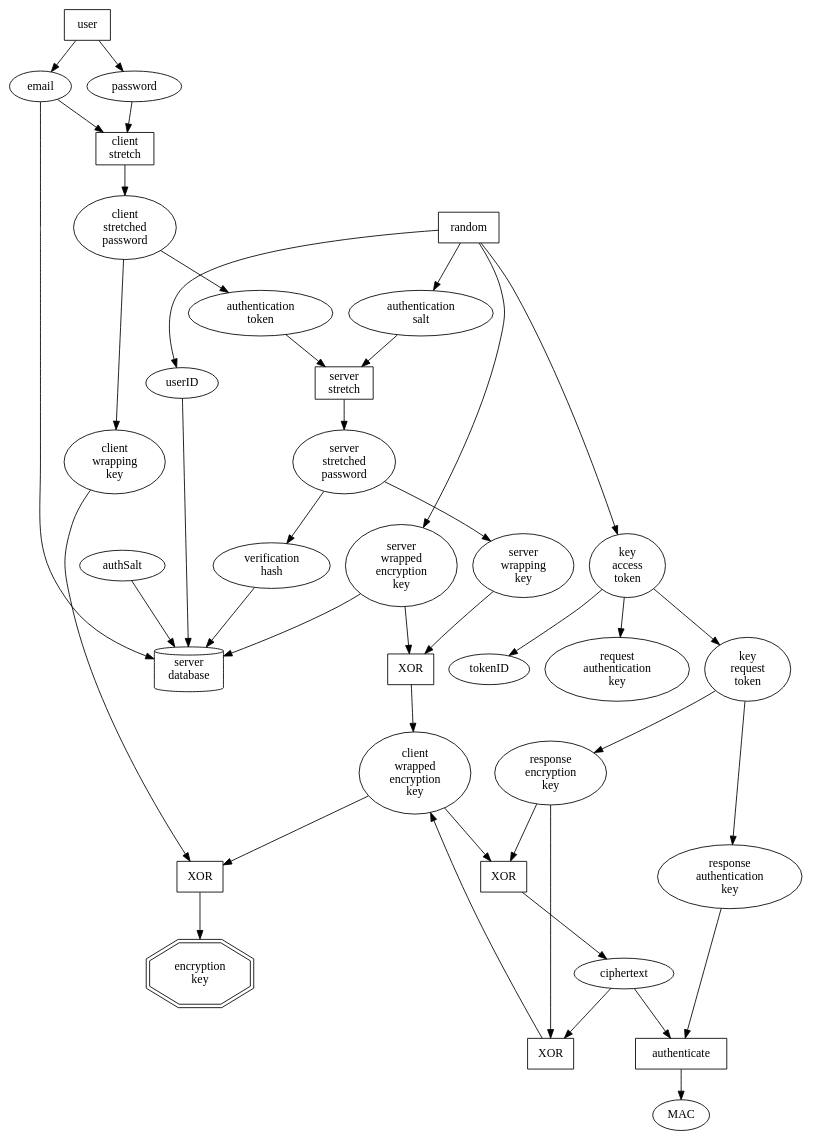
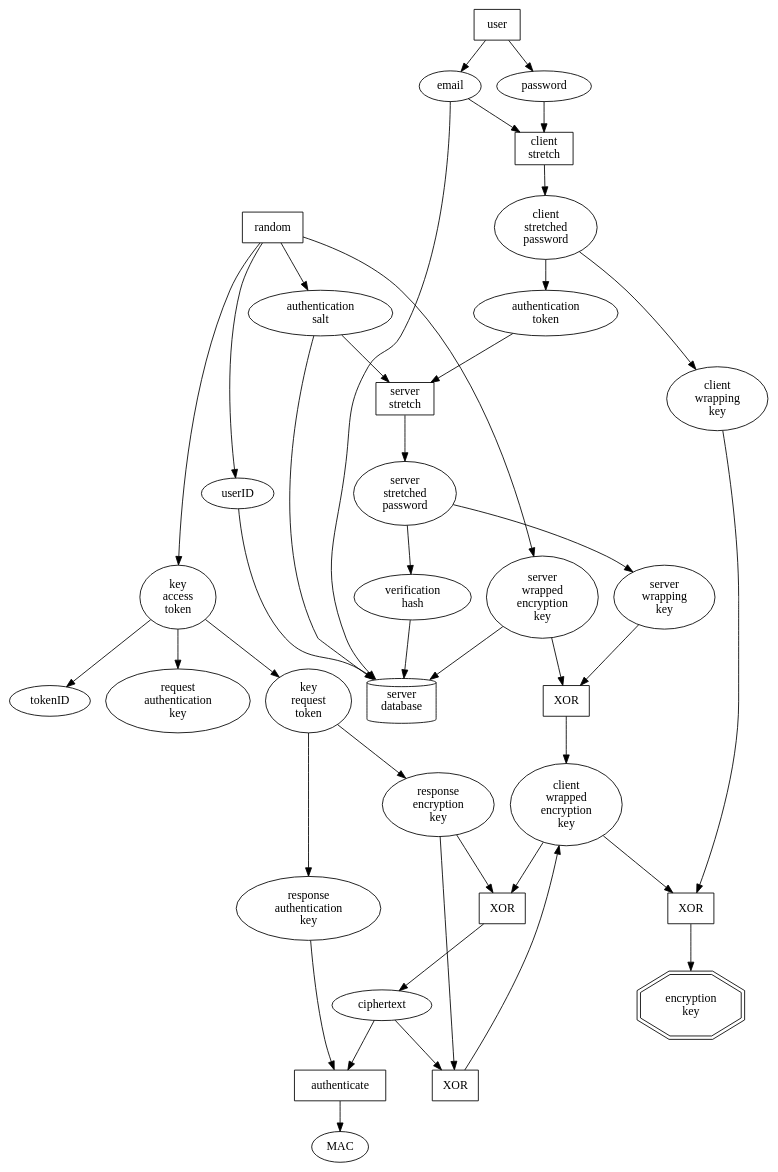
One commit to kemitchell/keyserver-protocol.js changed the diagram in diagram.dot. Above: the diagram before and after it, drawn with Graphviz. The commit also changed 1 other file, not shown here.

Commit message:
Fix diagram node name

```diff
--- a/diagram.dot
+++ b/diagram.dot
@@ -1,55 +1,55 @@
 digraph {
   user -> {password, email} -> clientStretch -> clientStretchedPassword;
   user[shape=rect];
   clientStretch[label="client\nstretch"];
   clientStretch[shape=rect];
   clientStretchedPassword -> authenticationToken;
   clientStretchedPassword[label="client\nstretched\npassword"];
 
   random -> authenticationSalt;
   authenticationSalt[label="authentication\nsalt"];
   random[shape=rect];
   {authenticationToken, authenticationSalt} -> serverStretch -> serverStretchedPassword;
   serverStretch[label="server\nstretch"];
   authenticationToken[label="authentication\ntoken"];
   serverStretch[shape=rect];
   serverStretchedPassword -> verificationHash;
   verificationHash[label="verification\nhash"];
   random -> serverWrappedEncryptionKey;
   serverWrappedEncryptionKey[label="server\nwrapped\nencryption\nkey"];
   random -> userID;
 
   serverStretchedPassword -> serverWrappingKey;
   serverWrappingKey[label="server\nwrapping\nkey"];
   serverStretchedPassword[label="server\nstretched\npassword"];
   {serverWrappingKey, serverWrappedEncryptionKey} -> serverWrappingKeyXOR -> clientWrappedEncryptionKey;
   serverWrappingKeyXOR[label="XOR",shape=rect];
   random -> keyAccessToken;
   keyAccessToken[label="key\naccess\ntoken"];
   keyAccessToken -> tokenID;
   keyAccessToken -> keyRequestToken;
   keyRequestToken[label="key\nrequest\ntoken"];
   keyAccessToken -> requestAuthenticationKey;
   requestAuthenticationKey[label="request\nauthentication\nkey"];
   keyRequestToken -> responseEncryptionKey;
   responseEncryptionKey[label="response\nencryption\nkey"];
   {clientWrappedEncryptionKey, responseEncryptionKey} -> serverEncryptionXOR -> ciphertext;
   clientWrappedEncryptionKey[label="client\nwrapped\nencryption\nkey"];
   serverEncryptionXOR[label="XOR",shape=rect];
   keyRequestToken -> responseAuthenticationKey;
   responseAuthenticationKey[label="response\nauthentication\nkey"];
   {responseAuthenticationKey, ciphertext} -> authenticate -> MAC;
   authenticate[shape=rect];
 
   {ciphertext, responseEncryptionKey} -> clientEncryptionXOR -> clientWrappedEncryptionKey;
   clientEncryptionXOR[shape=rect,label="XOR"];
   clientStretchedPassword -> clientWrappingKey;
   clientWrappingKey[label="client\nwrapping\nkey"];
   {clientWrappedEncryptionKey, clientWrappingKey} -> clientWrappingKeyXOR -> encryptionKey;
   encryptionKey[label="encryption\nkey"];
   encryptionKey[shape=doubleoctagon,height=1,width=1];
   clientWrappingKeyXOR[label="XOR",shape=rect];
 
   serverDatabase[shape=cylinder,label="server\ndatabase"];
-  {authSalt, email, userID, serverWrappedEncryptionKey, verificationHash} -> serverDatabase;
+  {authenticationSalt, email, userID, serverWrappedEncryptionKey, verificationHash} -> serverDatabase;
 }
```
